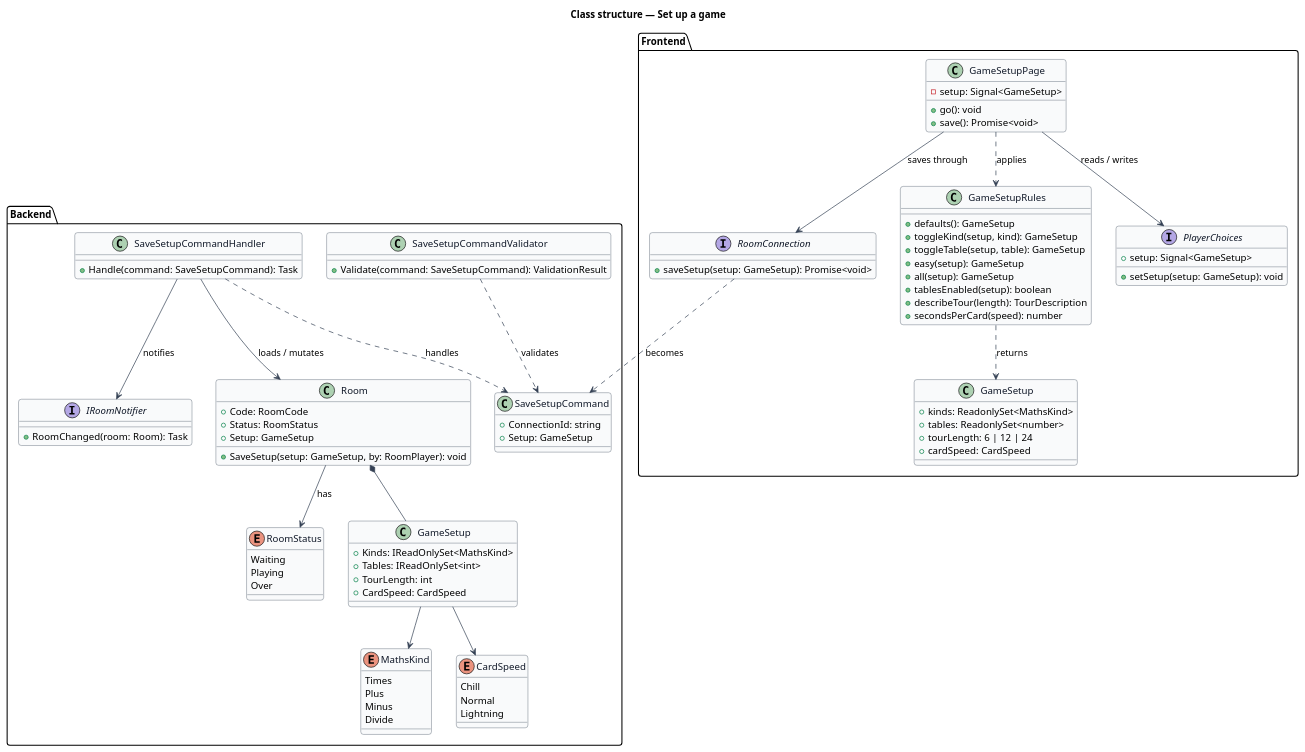
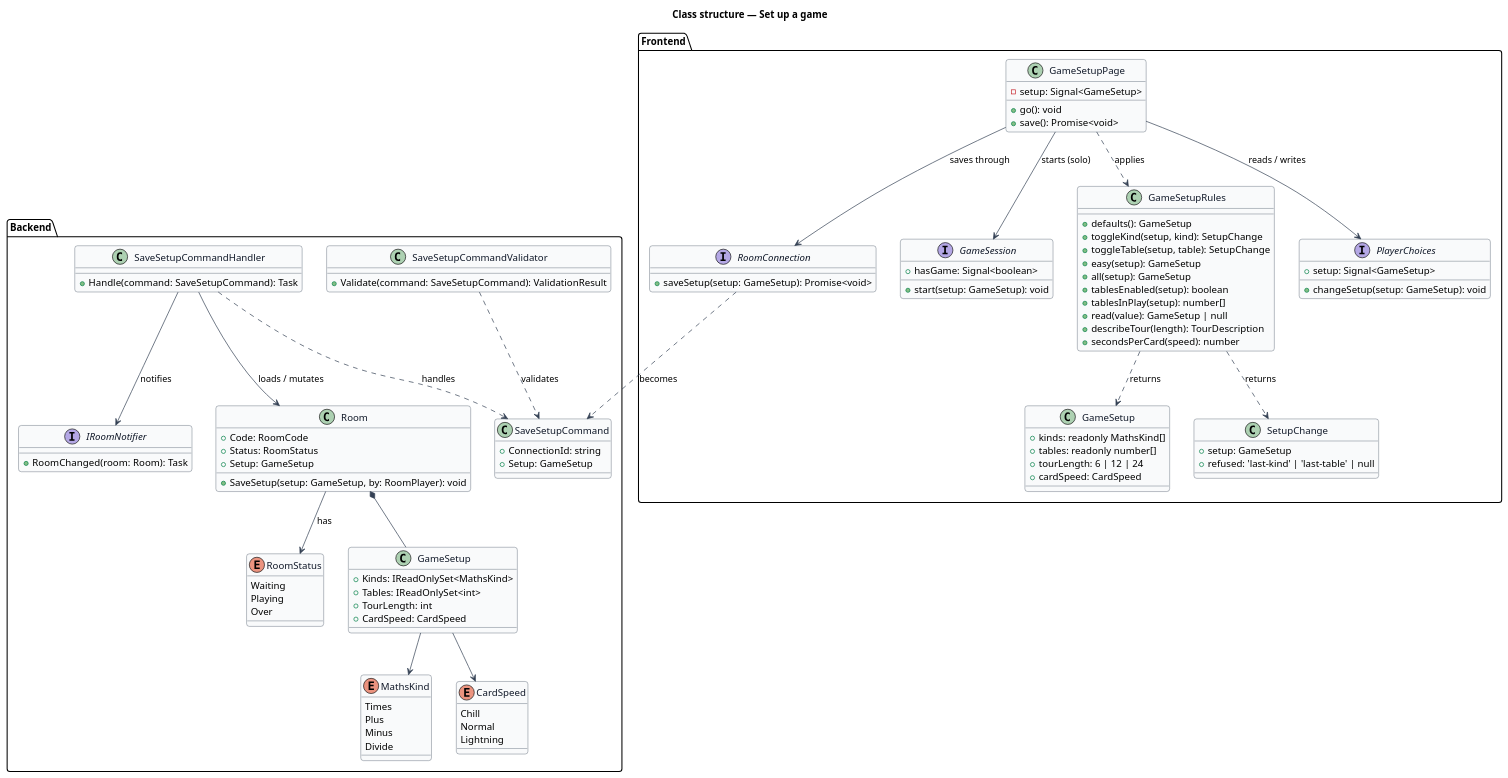
Before and after one commit to QuinntyneBrown/around-the-world: the diagram in docs/detailed-designs/player/set-up-game/diagrams/class-structure.puml, drawn with PlantUML. The commit also changed 24 other files, not shown here.

First line of the commit message:
Record journey 03's decisions and resolve the set-up-game design markers

```diff
--- a/docs/detailed-designs/player/set-up-game/diagrams/class-structure.puml
+++ b/docs/detailed-designs/player/set-up-game/diagrams/class-structure.puml
@@ -1,102 +1,114 @@
 @startuml
 ' --- shared skin header ---
 skinparam backgroundColor #FFFFFF
 skinparam shadowing false
 skinparam roundcorner 8
 skinparam defaultFontName Arial
 skinparam ArrowColor #344054
 skinparam class {
   BorderColor #344054
   FontColor #101828
   BackgroundColor #F9FAFB
 }
 ' --------------------------
 title Class structure — Set up a game
 
 package "Frontend" {
   class "GameSetup" as FGameSetup {
-    +kinds: ReadonlySet<MathsKind>
-    +tables: ReadonlySet<number>
+    +kinds: readonly MathsKind[]
+    +tables: readonly number[]
     +tourLength: 6 | 12 | 24
     +cardSpeed: CardSpeed
   }
   class GameSetupRules {
     +defaults(): GameSetup
-    +toggleKind(setup, kind): GameSetup
-    +toggleTable(setup, table): GameSetup
+    +toggleKind(setup, kind): SetupChange
+    +toggleTable(setup, table): SetupChange
     +easy(setup): GameSetup
     +all(setup): GameSetup
     +tablesEnabled(setup): boolean
+    +tablesInPlay(setup): number[]
+    +read(value): GameSetup | null
     +describeTour(length): TourDescription
     +secondsPerCard(speed): number
+  }
+  class SetupChange {
+    +setup: GameSetup
+    +refused: 'last-kind' | 'last-table' | null
   }
   class GameSetupPage {
     -setup: Signal<GameSetup>
     +go(): void
     +save(): Promise<void>
   }
+  interface GameSession {
+    +hasGame: Signal<boolean>
+    +start(setup: GameSetup): void
+  }
   interface RoomConnection {
     +saveSetup(setup: GameSetup): Promise<void>
   }
   interface PlayerChoices {
     +setup: Signal<GameSetup>
-    +setSetup(setup: GameSetup): void
+    +changeSetup(setup: GameSetup): void
   }
 }
 package "Backend" {
   enum MathsKind {
     Times
     Plus
     Minus
     Divide
   }
   enum CardSpeed {
     Chill
     Normal
     Lightning
   }
   enum RoomStatus {
     Waiting
     Playing
     Over
   }
   class "GameSetup" as BGameSetup {
     +Kinds: IReadOnlySet<MathsKind>
     +Tables: IReadOnlySet<int>
     +TourLength: int
     +CardSpeed: CardSpeed
   }
   class Room {
     +Code: RoomCode
     +Status: RoomStatus
     +Setup: GameSetup
     +SaveSetup(setup: GameSetup, by: RoomPlayer): void
   }
   class SaveSetupCommand {
     +ConnectionId: string
     +Setup: GameSetup
   }
   class SaveSetupCommandValidator {
     +Validate(command: SaveSetupCommand): ValidationResult
   }
   class SaveSetupCommandHandler {
     +Handle(command: SaveSetupCommand): Task
   }
   interface IRoomNotifier {
     +RoomChanged(room: Room): Task
   }
 }
 GameSetupPage ..> GameSetupRules : applies
 GameSetupPage --> PlayerChoices : reads / writes
 GameSetupPage --> RoomConnection : saves through
+GameSetupPage --> GameSession : starts (solo)
+GameSetupRules ..> SetupChange : returns
 GameSetupRules ..> FGameSetup : returns
 RoomConnection ..> SaveSetupCommand : becomes
 SaveSetupCommandValidator ..> SaveSetupCommand : validates
 SaveSetupCommandHandler ..> SaveSetupCommand : handles
 SaveSetupCommandHandler --> Room : loads / mutates
 SaveSetupCommandHandler --> IRoomNotifier : notifies
 Room *-- BGameSetup
 Room --> RoomStatus : has
 BGameSetup --> MathsKind
 BGameSetup --> CardSpeed
 @enduml
```
